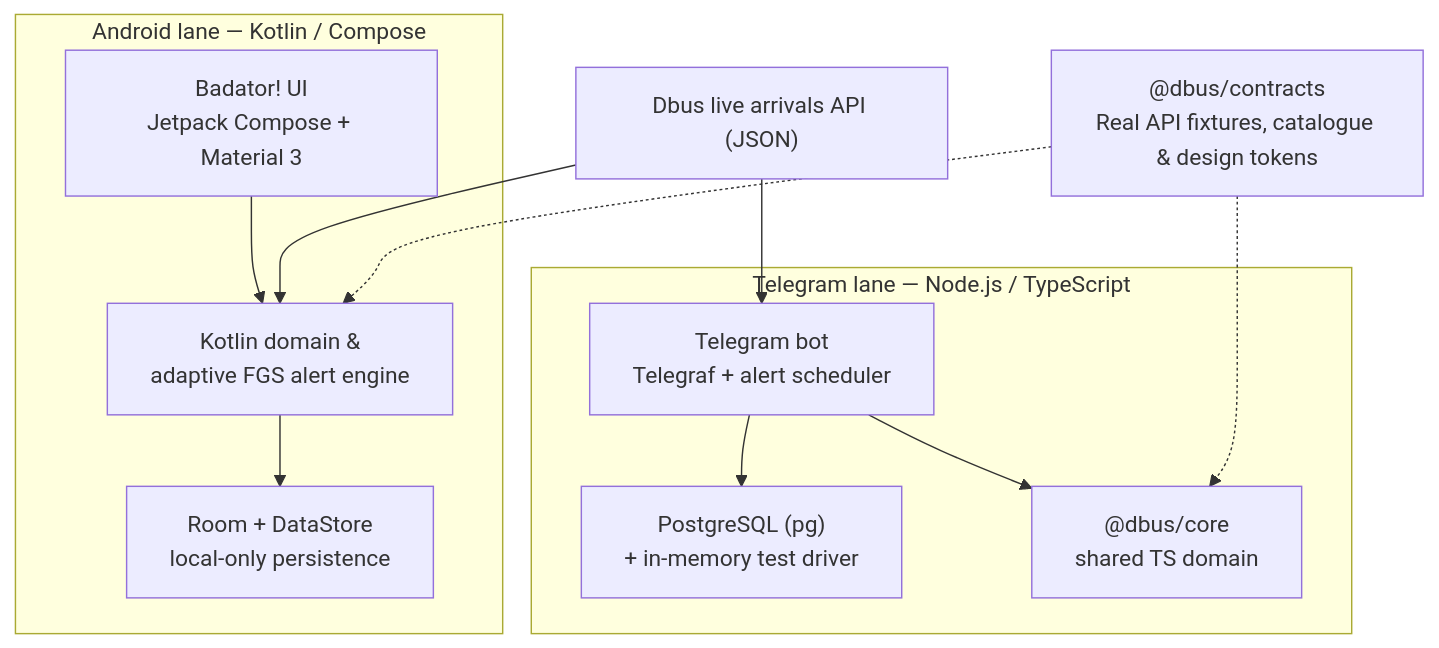
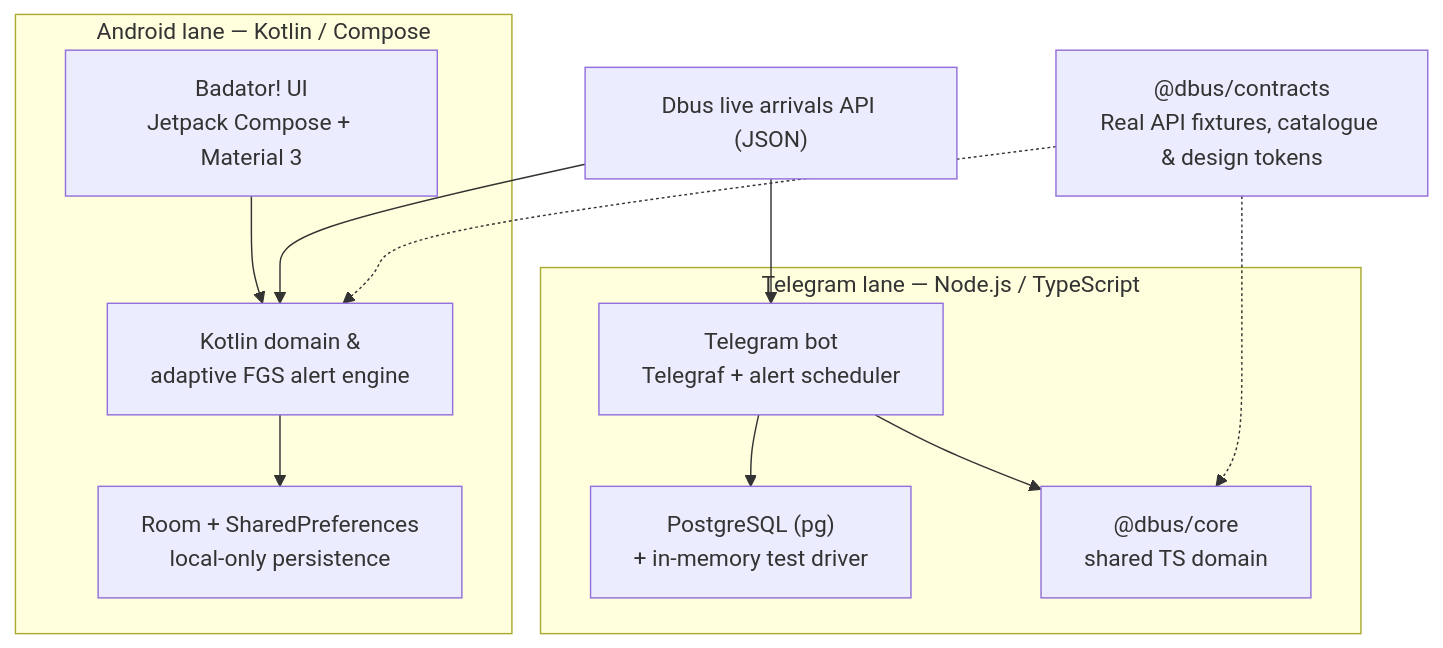
One commit to IkerGoni/bus-dbus changed the third of 3 diagrams in README.md. Above: the diagram before and after it, drawn with Mermaid. The commit also changed other lines of this file and 15 other files, not shown here.

````diff
--- a/README.md
+++ b/README.md
@@ -122,26 +124,26 @@
 ```mermaid
 flowchart TB
     EXT["Dbus live arrivals API (JSON)"]
 
     subgraph TS["Telegram lane — Node.js / TypeScript"]
         BOT["Telegram bot<br/>Telegraf + alert scheduler"]
         CORE["@dbus/core<br/>shared TS domain"]
         PG["PostgreSQL (pg)<br/>+ in-memory test driver"]
         BOT --> CORE
         BOT --> PG
     end
 
     subgraph KT["Android lane — Kotlin / Compose"]
         APP["Badator! UI<br/>Jetpack Compose + Material 3"]
         DOMAIN["Kotlin domain &<br/>adaptive FGS alert engine"]
-        ROOM["Room + DataStore<br/>local-only persistence"]
+        ROOM["Room + SharedPreferences<br/>local-only persistence"]
         APP --> DOMAIN
         DOMAIN --> ROOM
     end
 
     FIX["@dbus/contracts<br/>Real API fixtures, catalogue & design tokens"]
     EXT --> BOT
     EXT --> DOMAIN
     FIX -.-> CORE
     FIX -.-> DOMAIN
 ```
````
